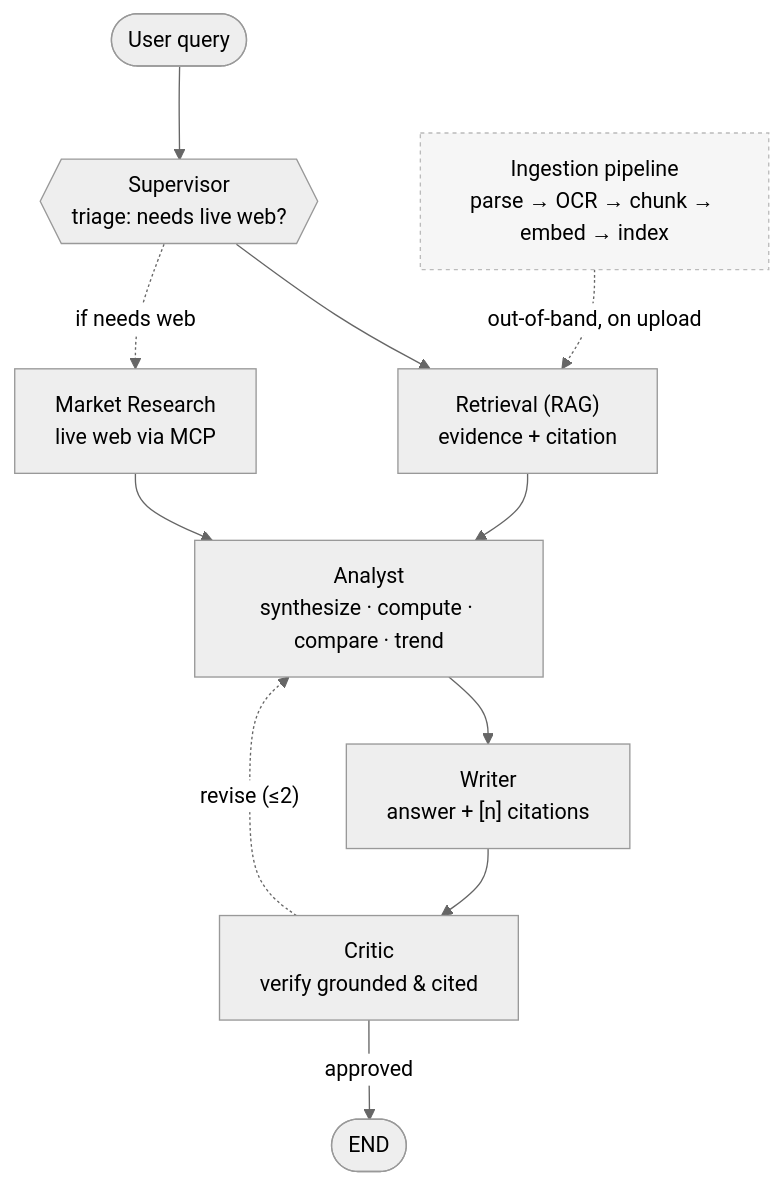
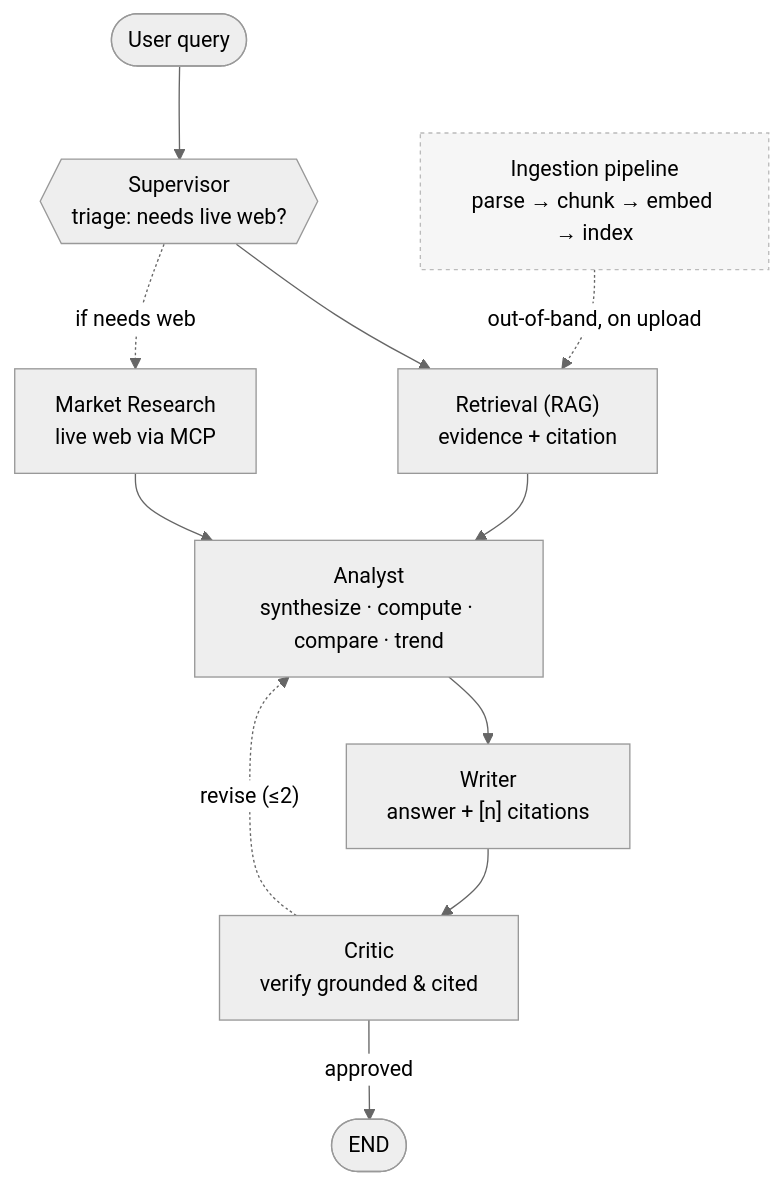
Before and after one commit to phanminhtai23/finsight-multi-agent: the second of 2 diagrams in ARCHITECTURE.md, drawn with Mermaid (neutral theme). The commit also changed other lines of this file and 3 other files, not shown here.

````diff
--- a/ARCHITECTURE.md
+++ b/ARCHITECTURE.md
@@ -49,15 +49,15 @@
 ```mermaid
 flowchart TD
     Q(["User query"]) --> SUP{{"Supervisor<br/>triage: needs live web?"}}
     SUP --> RET["Retrieval (RAG)<br/>evidence + citation"]
     SUP -.->|"if needs web"| MR["Market Research<br/>live web via MCP"]
     RET --> AN["Analyst<br/>synthesize · compute · compare · trend"]
     MR --> AN
     AN --> WR["Writer<br/>answer + [n] citations"]
     WR --> CR["Critic<br/>verify grounded &amp; cited"]
     CR -->|"approved"| DONE(["END"])
     CR -.->|"revise (≤2)"| AN
 
-    ING["Ingestion pipeline<br/>parse → OCR → chunk → embed → index"]:::oob -.->|"out-of-band, on upload"| RET
+    ING["Ingestion pipeline<br/>parse → chunk → embed → index"]:::oob -.->|"out-of-band, on upload"| RET
     classDef oob fill:#f6f6f6,stroke:#bbb,stroke-dasharray:3 3;
 ```
````
